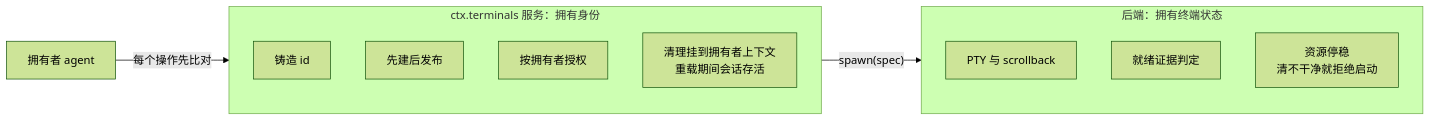
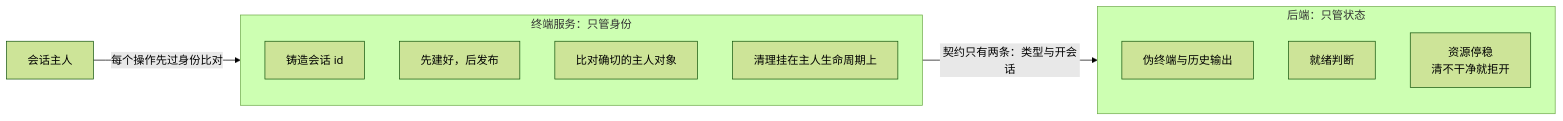
One commit to anthonyzhao-4926/blog changed the first of 5 diagrams in dsh 插件开发学习/34-长驻终端与代码导航.md. Above: the diagram before and after it, drawn with Mermaid (forest theme). The commit also changed other lines of this file and 38 other files, not shown here.

````diff
--- a/dsh 插件开发学习/34-长驻终端与代码导航.md
+++ b/dsh 插件开发学习/34-长驻终端与代码导航.md
@@ -39,18 +39,18 @@
 ```mermaid
 flowchart LR
-    subgraph svc["ctx.terminals 服务：拥有身份"]
+    subgraph svc["终端服务：只管身份"]
         direction TB
-        I1["铸造 id"]
-        I2["先建后发布"]
-        I3["按拥有者授权"]
-        I4["清理挂到拥有者上下文<br/>重载期间会话存活"]
+        A1["铸造会话 id"]
+        A2["先建好，后发布"]
+        A3["比对确切的主人对象"]
+        A4["清理挂在主人生命周期上"]
     end
-    subgraph be["后端：拥有终端状态"]
+    subgraph be["后端：只管状态"]
         direction TB
-        B1["PTY 与 scrollback"]
-        B2["就绪证据判定"]
-        B3["资源停稳<br/>清不干净就拒绝启动"]
+        B1["伪终端与历史输出"]
+        B2["就绪判断"]
+        B3["资源停稳<br/>清不干净就拒开"]
     end
-    O["拥有者 agent"] -->|"每个操作先比对"| svc
-    svc -->|"spawn(spec)"| be
+    O["会话主人"] -->|"每个操作先过身份比对"| svc
+    svc -->|"契约只有两条：类型与开会话"| be
 ```
````
